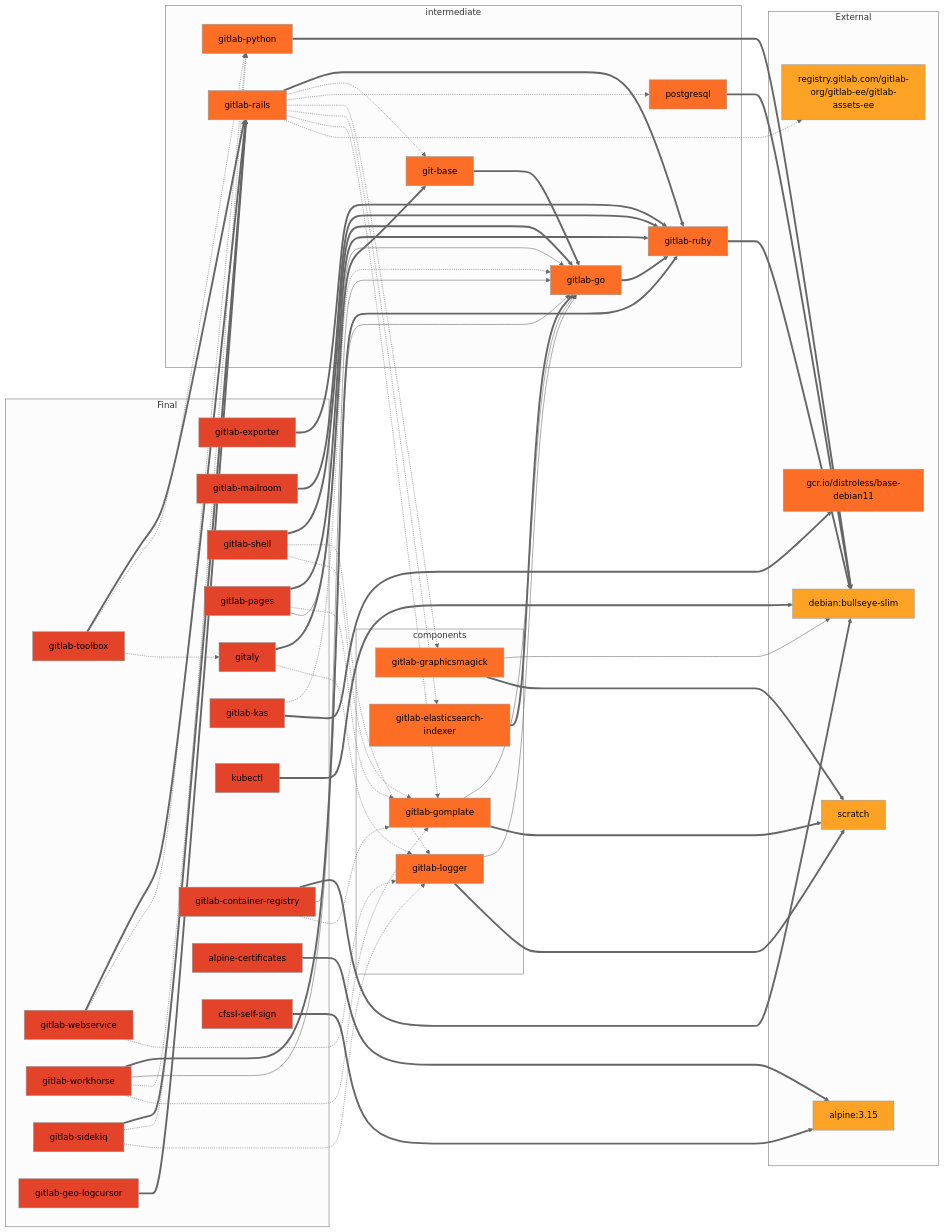
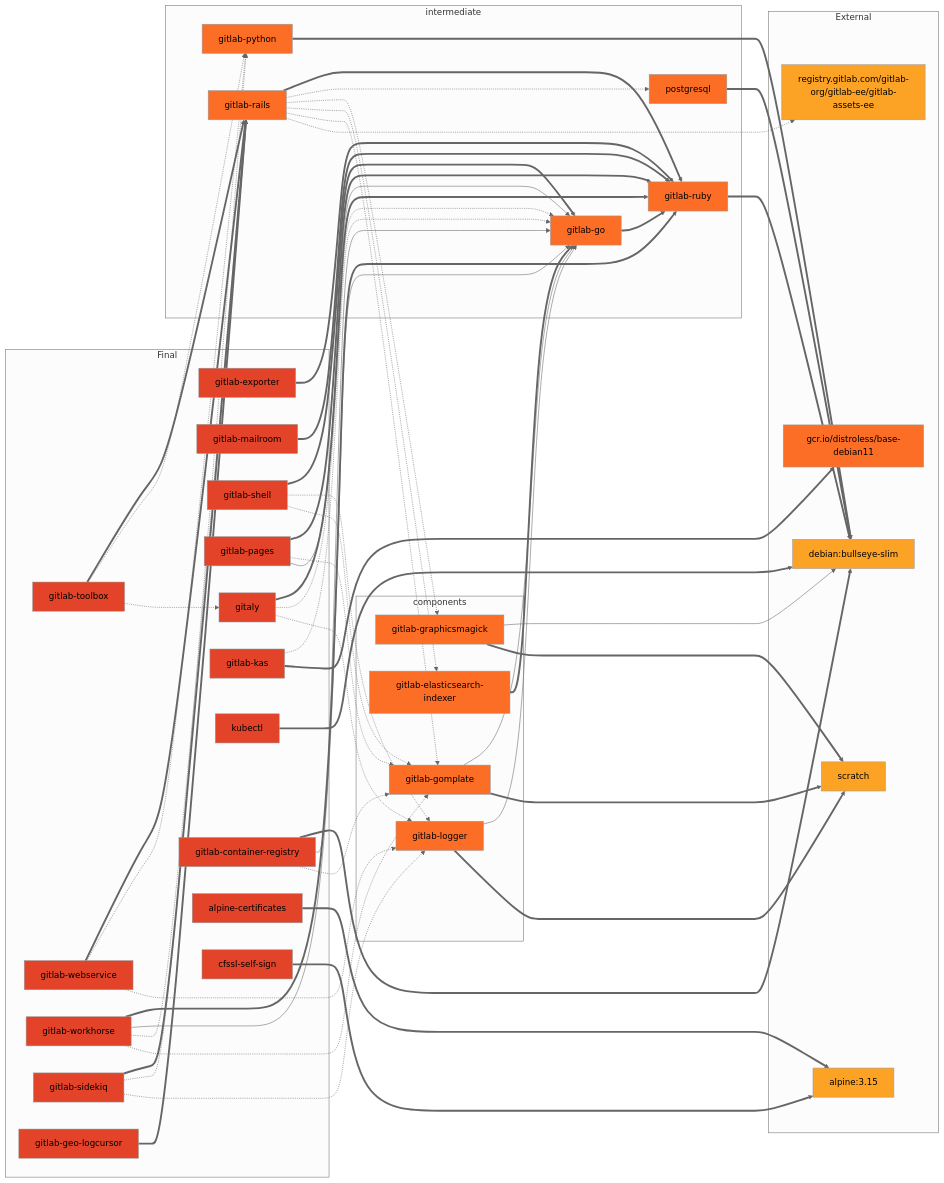
The second of 2 diagrams in docs/build.md (tachyons/gitlab-pages), drawn with Mermaid (neutral theme) before and after one commit. The commit also changed other lines of this file and 8 other files, not shown here.

Commit message:
Merge Gitaly and git-base images

```diff
--- a/docs/build.md
+++ b/docs/build.md
@@ -276,7 +274,6 @@
     gitlab-ruby
     gitlab-rails
     gitlab-go
-    git-base
     postgresql
   end
 
@@ -312,7 +309,6 @@
   gitlab-python==>debian;
 
   gitlab-rails==>gitlab-ruby;
-  gitlab-rails-.->git-base;
   gitlab-rails-.->postgresql;
   gitlab-rails-.->gitlab-graphicsmagick;
   gitlab-rails-.->gitlab-elasticsearch-indexer;
@@ -341,11 +337,10 @@
   gitlab-shell-.->gitlab-logger;
   gitlab-shell-.->gitlab-gomplate;
 
-  git-base==>gitlab-go;
-
   gitlab-elasticsearch-indexer==>gitlab-go;
 
-  gitaly==>git-base;
+  gitaly==>gitlab-ruby;
+  gitaly-.->gitlab-go;
   gitaly-.->gitlab-logger;
 
   gitlab-kas-.->gitlab-go;
```
